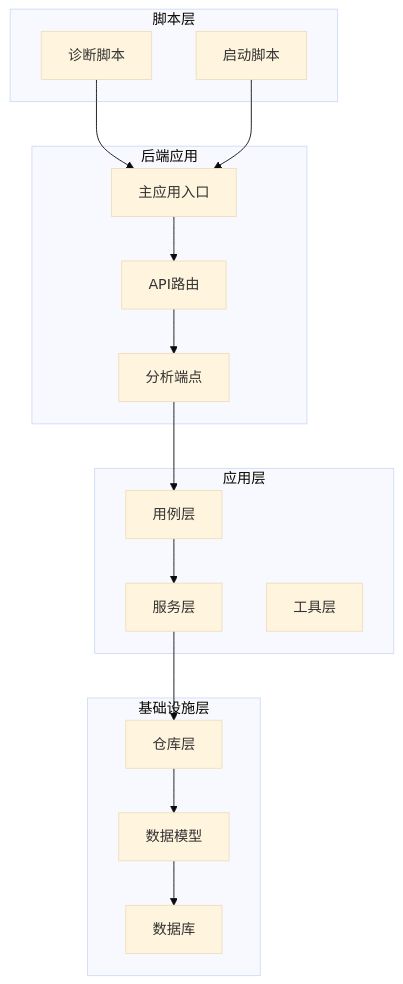
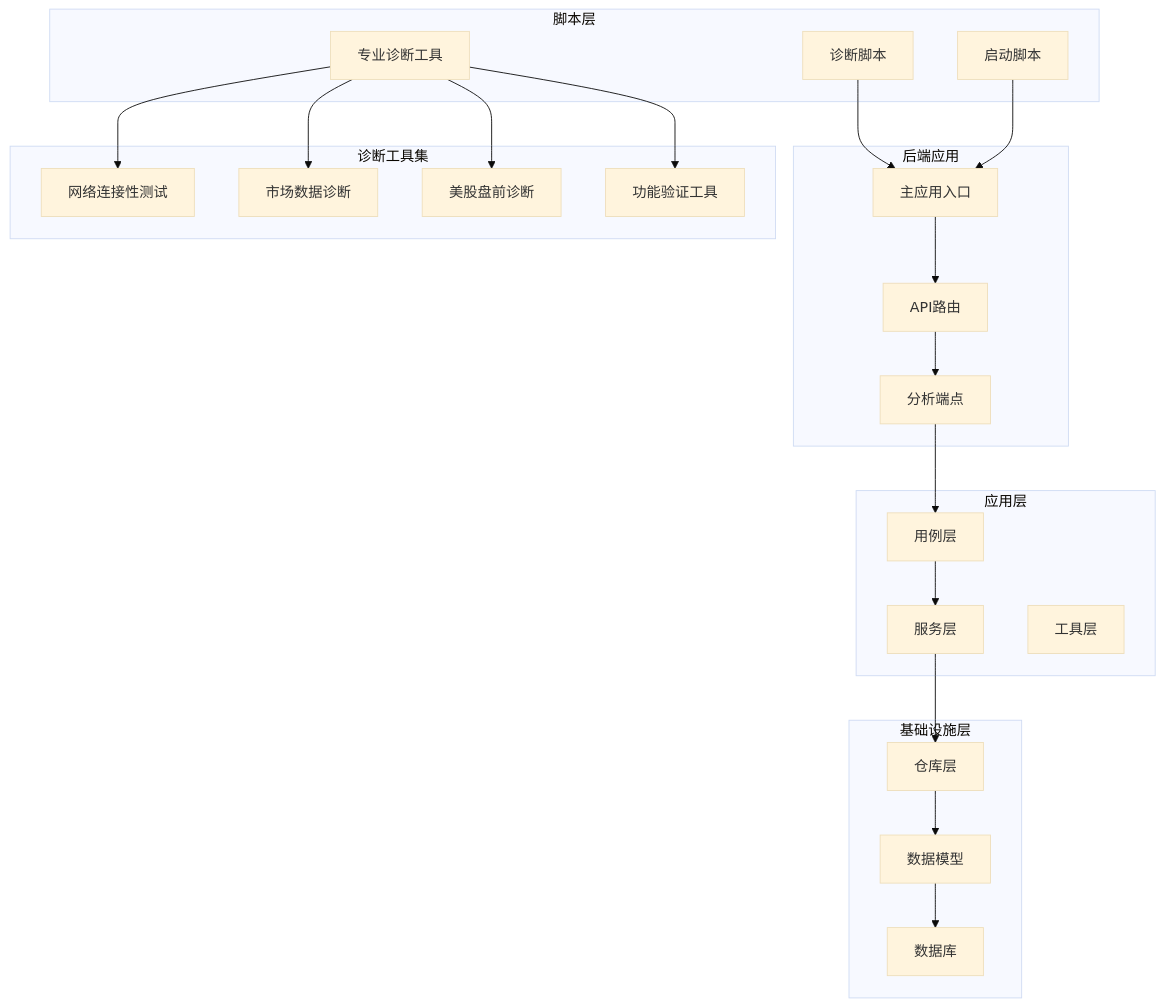
One commit to breeze-lyf/ai-stock-advisor changed the first of 14 diagrams in .qoder/repowiki/zh/content/后端开发指南/AI分析流程诊断脚本.md. Above: the diagram before and after it, drawn with Mermaid (base theme). The commit also changed other lines of this file and 11 other files, not shown here.

````diff
--- a/.qoder/repowiki/zh/content/后端开发指南/AI分析流程诊断脚本.md
+++ b/.qoder/repowiki/zh/content/后端开发指南/AI分析流程诊断脚本.md
@@ -41,31 +64,42 @@
 ```mermaid
 graph TB
 subgraph "脚本层"
 Scripts[诊断脚本]
 Start[启动脚本]
+Diagnostics[专业诊断工具]
 end
 subgraph "后端应用"
 Main[主应用入口]
 API[API路由]
 Endpoints[分析端点]
 end
 subgraph "应用层"
 UseCases[用例层]
 Services[服务层]
 Utils[工具层]
 end
 subgraph "基础设施层"
 Repositories[仓库层]
 Models[数据模型]
 Database[数据库]
 end
+subgraph "诊断工具集"
+Connectivity[网络连接性测试]
+MarketData[市场数据诊断]
+USPremarket[美股盘前诊断]
+Verification[功能验证工具]
+end
 Scripts --> Main
 Start --> Main
+Diagnostics --> Connectivity
+Diagnostics --> MarketData
+Diagnostics --> USPremarket
+Diagnostics --> Verification
 Main --> API
 API --> Endpoints
 Endpoints --> UseCases
 UseCases --> Services
 Services --> Repositories
 Repositories --> Models
 Models --> Database
 ```
````
